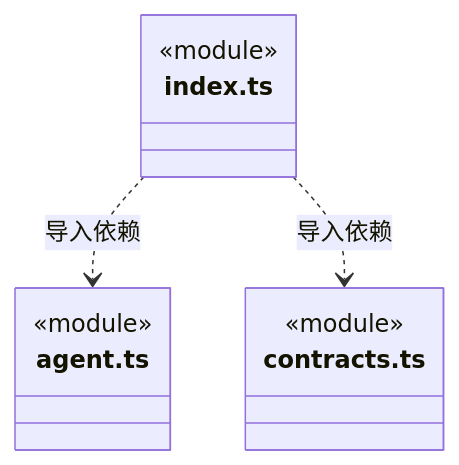
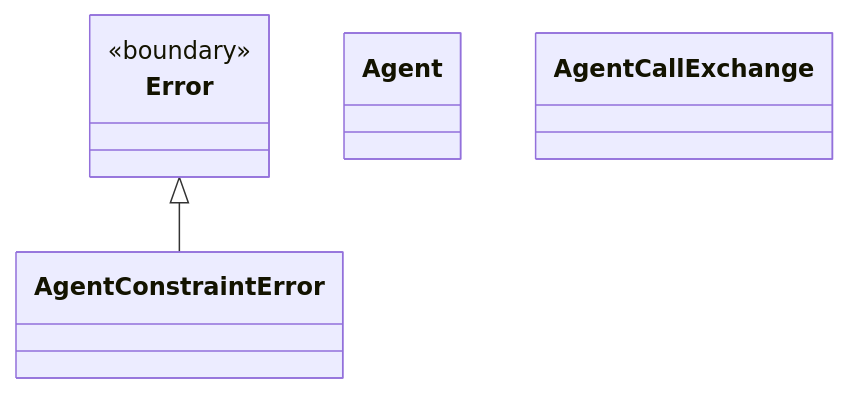
One commit to nan023062/cbim changed the diagram in src/logic/agents/ARCHITECTURE.md. Above: the diagram before and after it, drawn with Mermaid. The commit also changed other lines of this file and 158 other files, not shown here.

Commit message:
docs: model architecture through nested virtual encapsulations

````diff
--- a/src/logic/agents/ARCHITECTURE.md
+++ b/src/logic/agents/ARCHITECTURE.md
@@ -281,14 +21,13 @@
 ```mermaid
 classDiagram
-class N_src_logic_agents_index_ts["index.ts"] {
-  <<module>>
+class N_16c5db815f75["AgentConstraintError"]
+click N_16c5db815f75 href "contracts.ts"
+class N_b7b436f4eeb9["Error"] {
+  <<boundary>>
 }
-class N_src_logic_agents_agent_ts["agent.ts"] {
-  <<module>>
-}
-class N_src_logic_agents_contracts_ts["contracts.ts"] {
-  <<module>>
-}
-N_src_logic_agents_index_ts ..> N_src_logic_agents_agent_ts : 导入依赖
-N_src_logic_agents_index_ts ..> N_src_logic_agents_contracts_ts : 导入依赖
+class N_12ff6b76af3d["Agent"]
+click N_12ff6b76af3d href "agent.ts"
+class N_d8539b92246b["AgentCallExchange"]
+click N_d8539b92246b href "exchange.ts"
+N_b7b436f4eeb9 <|-- N_16c5db815f75
 ```
````
